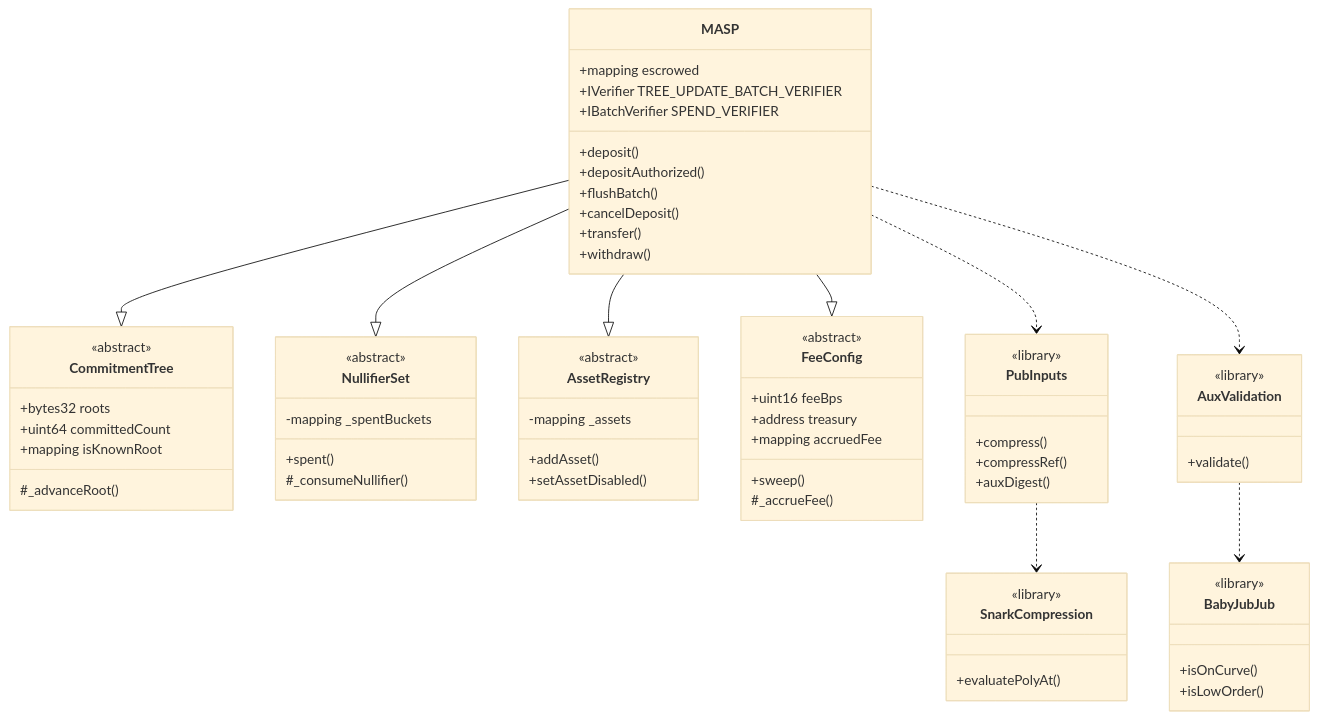
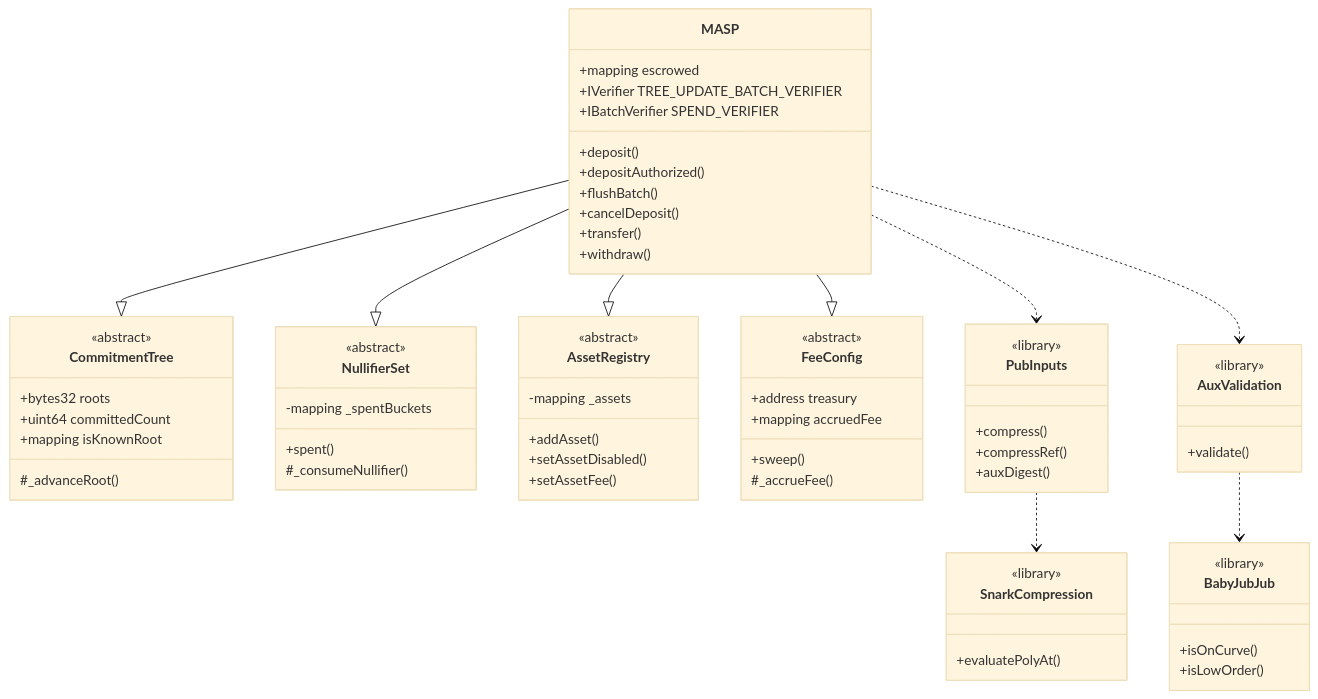
Before and after one commit to lelantos-org/contracts: the second of 10 diagrams in src/README.md, drawn with Mermaid (base theme). The commit also changed other lines of this file and 45 other files, not shown here.

````diff
--- a/src/README.md
+++ b/src/README.md
@@ -75,69 +75,69 @@
 ```mermaid
 classDiagram
   class MASP {
     +mapping escrowed
     +IVerifier TREE_UPDATE_BATCH_VERIFIER
     +IBatchVerifier SPEND_VERIFIER
     +deposit()
     +depositAuthorized()
     +flushBatch()
     +cancelDeposit()
     +transfer()
     +withdraw()
   }
   class CommitmentTree {
     <<abstract>>
     +bytes32 roots
     +uint64 committedCount
     +mapping isKnownRoot
     #_advanceRoot()
   }
   class NullifierSet {
     <<abstract>>
     -mapping _spentBuckets
     +spent()
     #_consumeNullifier()
   }
   class AssetRegistry {
     <<abstract>>
     -mapping _assets
     +addAsset()
     +setAssetDisabled()
+    +setAssetFee()
   }
   class FeeConfig {
     <<abstract>>
-    +uint16 feeBps
     +address treasury
     +mapping accruedFee
     +sweep()
     #_accrueFee()
   }
   class PubInputs {
     <<library>>
     +compress()
     +compressRef()
     +auxDigest()
   }
   class AuxValidation {
     <<library>>
     +validate()
   }
   class SnarkCompression {
     <<library>>
     +evaluatePolyAt()
   }
   class BabyJubJub {
     <<library>>
     +isOnCurve()
     +isLowOrder()
   }
 
   MASP --|> CommitmentTree
   MASP --|> NullifierSet
   MASP --|> AssetRegistry
   MASP --|> FeeConfig
   MASP ..> PubInputs
   MASP ..> AuxValidation
   PubInputs ..> SnarkCompression
   AuxValidation ..> BabyJubJub
 ```
````
